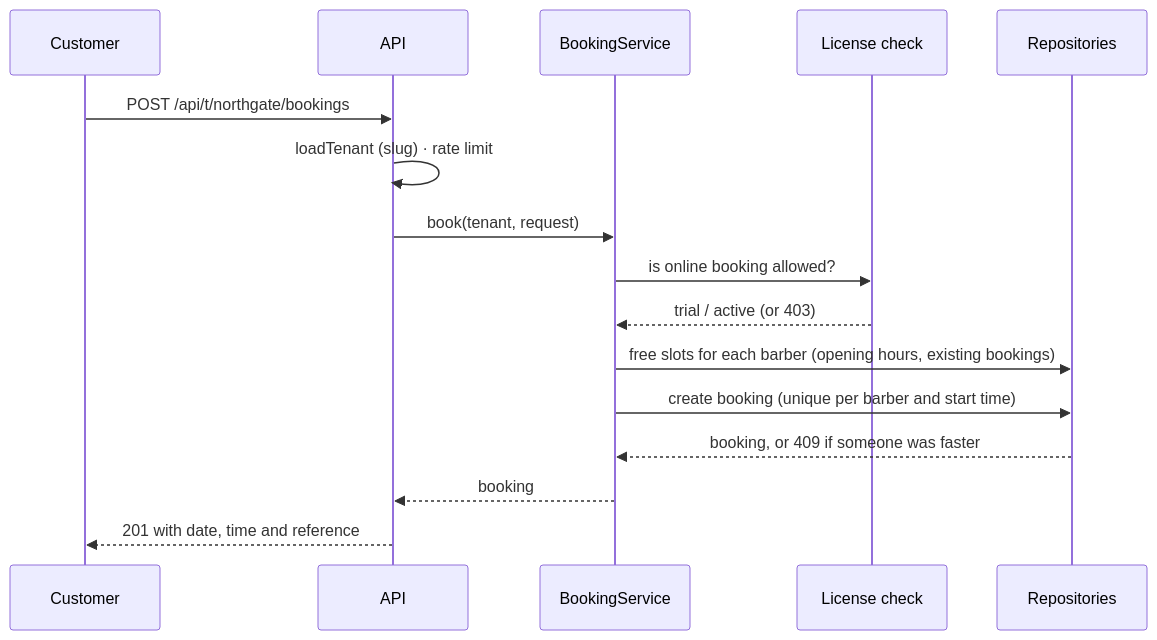
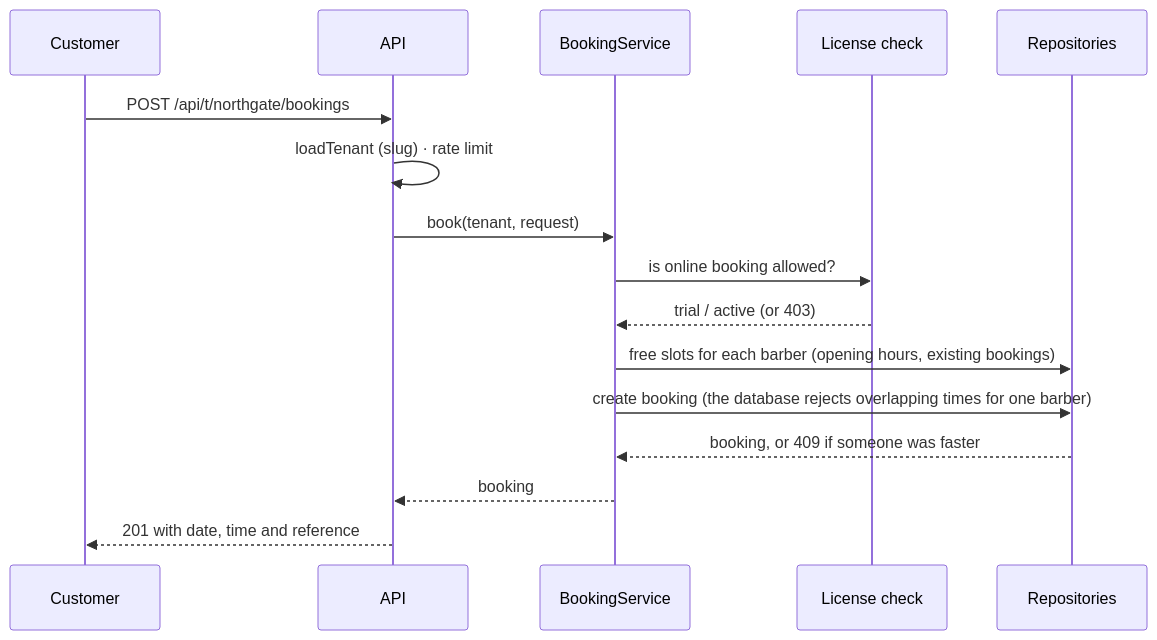
Before and after one commit to AlexandroCunha/barbershop-platform: the third of 3 diagrams in README.md, drawn with Mermaid. The commit also changed other lines of this file and 17 other files, not shown here.

First line of the commit message:
Owner can remove barbers and services; database blocks overlapping bookings

````diff
--- a/README.md
+++ b/README.md
@@ -112,18 +112,18 @@
 ```mermaid
 sequenceDiagram
   participant C as Customer
   participant A as API
   participant S as BookingService
   participant L as License check
   participant R as Repositories
   C->>A: POST /api/t/northgate/bookings
   A->>A: loadTenant (slug) · rate limit
   A->>S: book(tenant, request)
   S->>L: is online booking allowed?
   L-->>S: trial / active (or 403)
   S->>R: free slots for each barber (opening hours, existing bookings)
-  S->>R: create booking (unique per barber and start time)
+  S->>R: create booking (the database rejects overlapping times for one barber)
   R-->>S: booking, or 409 if someone was faster
   S-->>A: booking
   A-->>C: 201 with date, time and reference
 ```
````
